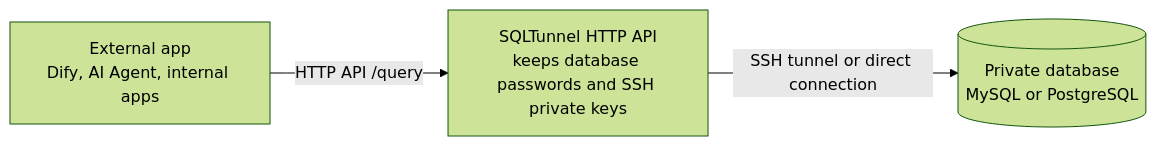
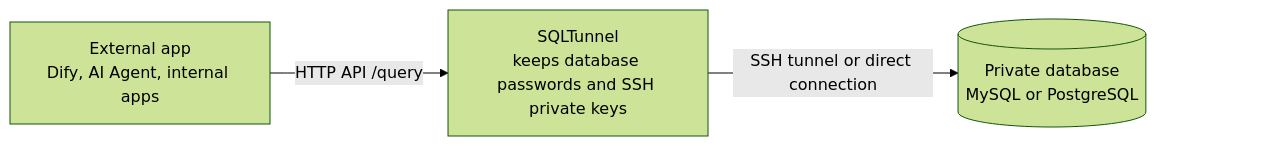
Before and after one commit to NemoAlex/SQLTunnel: the diagram in README.md, drawn with Mermaid (forest theme). The commit also changed 1 other file, not shown here.

Commit message:
Tweak README architecture diagram

````diff
--- a/README.md
+++ b/README.md
@@ -26,9 +26,14 @@
 ```mermaid
 flowchart LR
   ExternalApp["External app<br/>Dify, AI Agent, internal apps"]
-  SQLTunnel["SQLTunnel HTTP API<br/>keeps database passwords and SSH private keys"]
+  SQLTunnel["SQLTunnel<br/>keeps database passwords and SSH private keys"]
   Database[("Private database<br/>MySQL or PostgreSQL")]
+  Padding[" "]
 
   ExternalApp -->|"HTTP API /query"| SQLTunnel
   SQLTunnel -->|"SSH tunnel or direct connection"| Database
+  Database ~~~ Padding
+
+  style Padding fill:transparent,stroke:transparent
+  linkStyle 2 stroke:transparent
 ```
````
